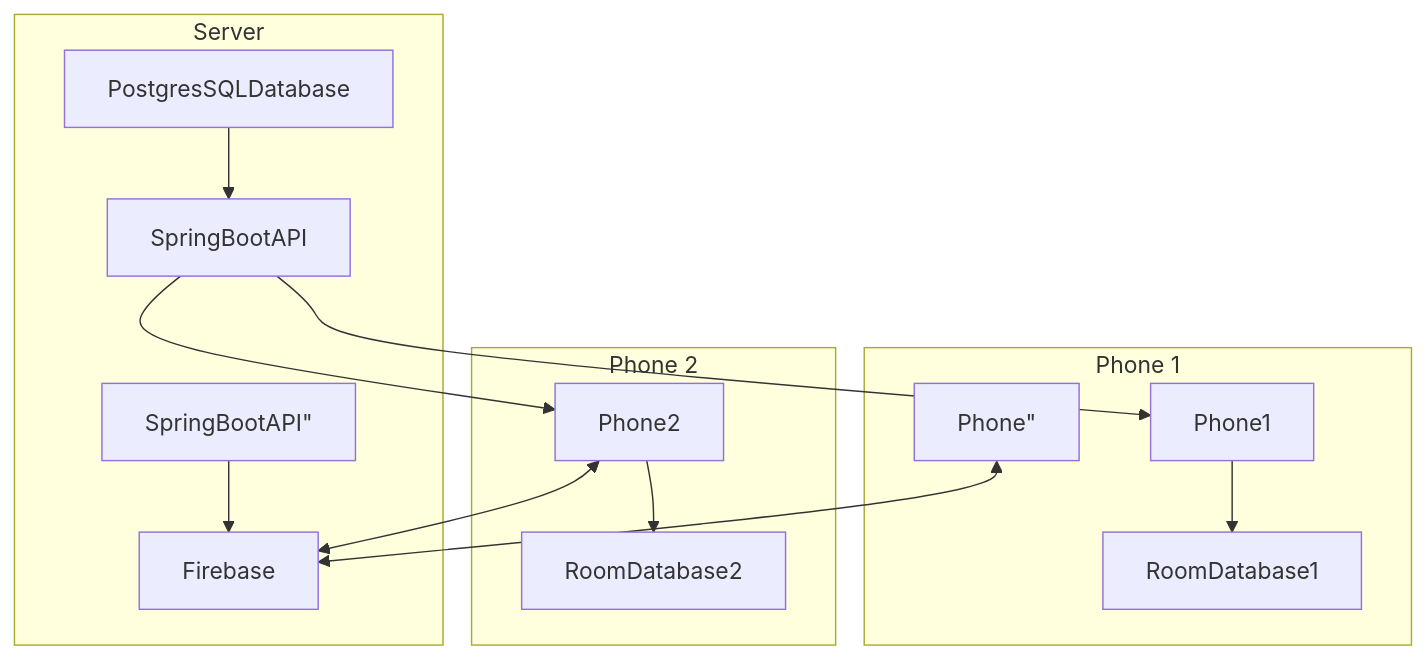
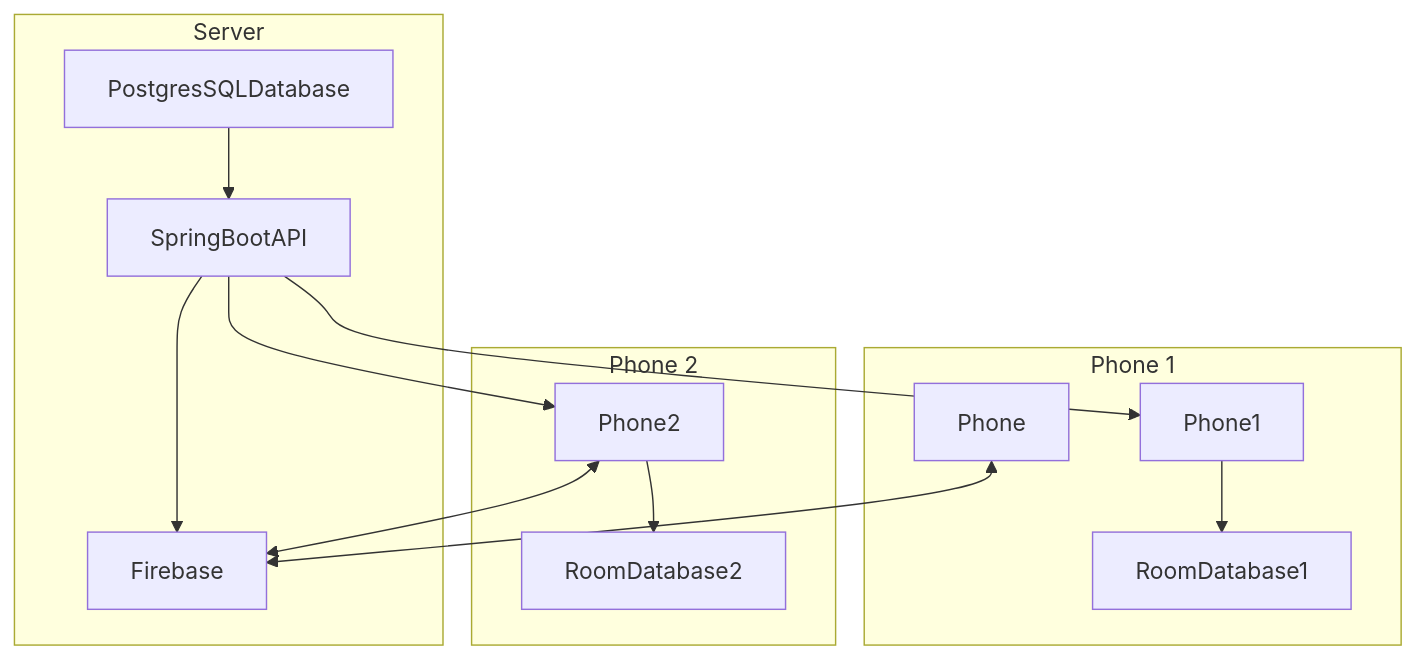
One commit to lukekweston/MessengerAPP changed the diagram in README.md. Above: the diagram before and after it, drawn with Mermaid.

````diff
--- a/README.md
+++ b/README.md
@@ -7,17 +7,17 @@
 ```mermaid
 graph TD;
     subgraph "Server"
         PostgresSQLDatabase--> SpringBootAPI;
-        SpringBootAPI"-->Firebase;
+        SpringBootAPI-->Firebase;
     end
     subgraph "Phone 1"
         SpringBootAPI--> Phone1;
         Phone1--> RoomDatabase1;
-        Phone"<-->Firebase;
+        Phone<-->Firebase;
     end
     subgraph "Phone 2"
         SpringBootAPI--> Phone2;
         Phone2--> RoomDatabase2;
         Phone2<-->Firebase;
     end
 ```
````
